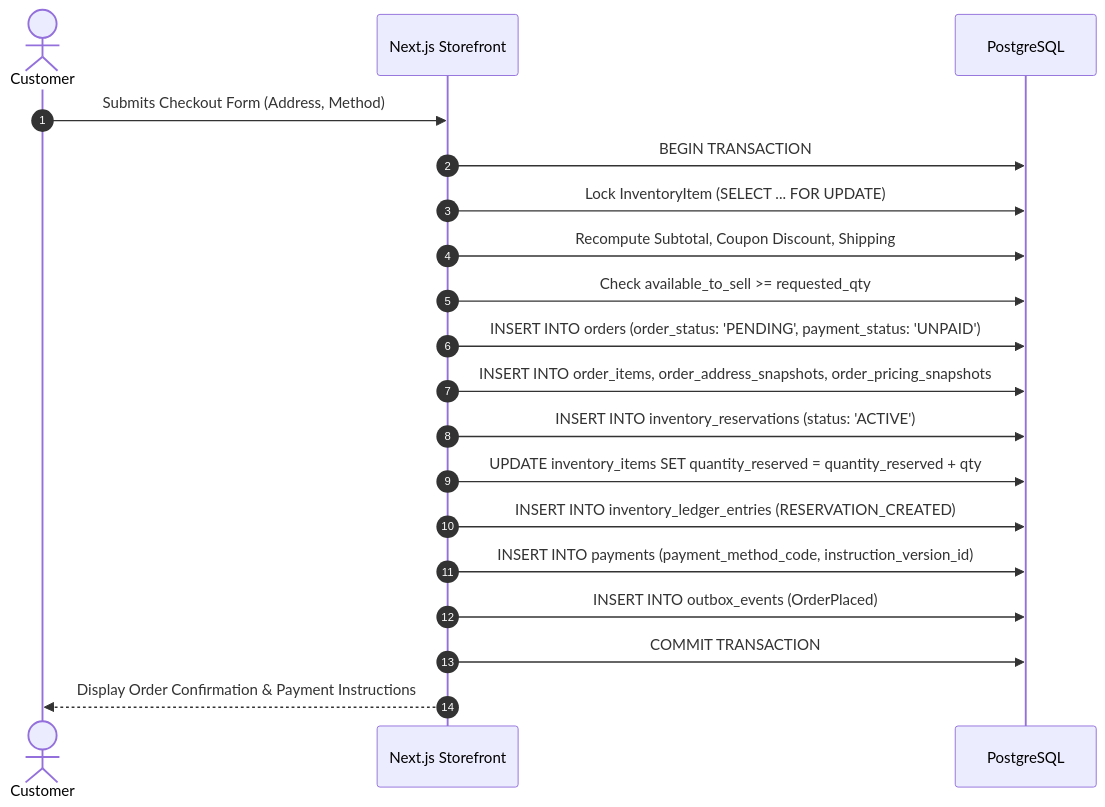
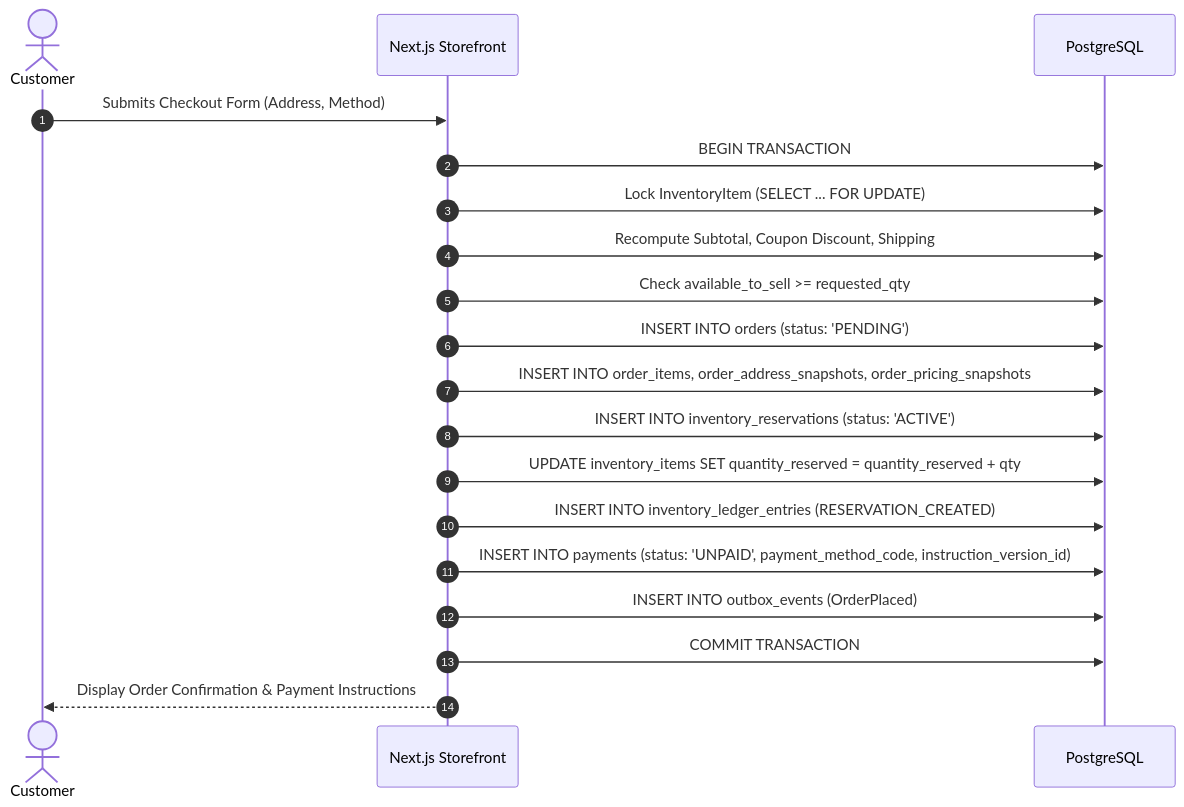
The ninth of 15 diagrams in docs/architecture/COMMERCE_DOMAIN_MODEL.md (SaeBryxn/GamerPeru-Vercel), drawn with Mermaid before and after one commit. The commit also changed other lines of this file, not shown here.

````diff
--- a/docs/architecture/COMMERCE_DOMAIN_MODEL.md
+++ b/docs/architecture/COMMERCE_DOMAIN_MODEL.md
@@ -1232,22 +1271,22 @@
 ```mermaid
 sequenceDiagram
     autonumber
     actor Customer
     participant Storefront as Next.js Storefront
     participant DB as PostgreSQL
 
     Customer->>Storefront: Submits Checkout Form (Address, Method)
     Storefront->>DB: BEGIN TRANSACTION
     Storefront->>DB: Lock InventoryItem (SELECT ... FOR UPDATE)
     Storefront->>DB: Recompute Subtotal, Coupon Discount, Shipping
     Storefront->>DB: Check available_to_sell >= requested_qty
-    Storefront->>DB: INSERT INTO orders (order_status: 'PENDING', payment_status: 'UNPAID')
+    Storefront->>DB: INSERT INTO orders (status: 'PENDING')
     Storefront->>DB: INSERT INTO order_items, order_address_snapshots, order_pricing_snapshots
     Storefront->>DB: INSERT INTO inventory_reservations (status: 'ACTIVE')
     Storefront->>DB: UPDATE inventory_items SET quantity_reserved = quantity_reserved + qty
     Storefront->>DB: INSERT INTO inventory_ledger_entries (RESERVATION_CREATED)
-    Storefront->>DB: INSERT INTO payments (payment_method_code, instruction_version_id)
+    Storefront->>DB: INSERT INTO payments (status: 'UNPAID', payment_method_code, instruction_version_id)
     Storefront->>DB: INSERT INTO outbox_events (OrderPlaced)
     Storefront->>DB: COMMIT TRANSACTION
     Storefront-->>Customer: Display Order Confirmation & Payment Instructions
 ```
````
